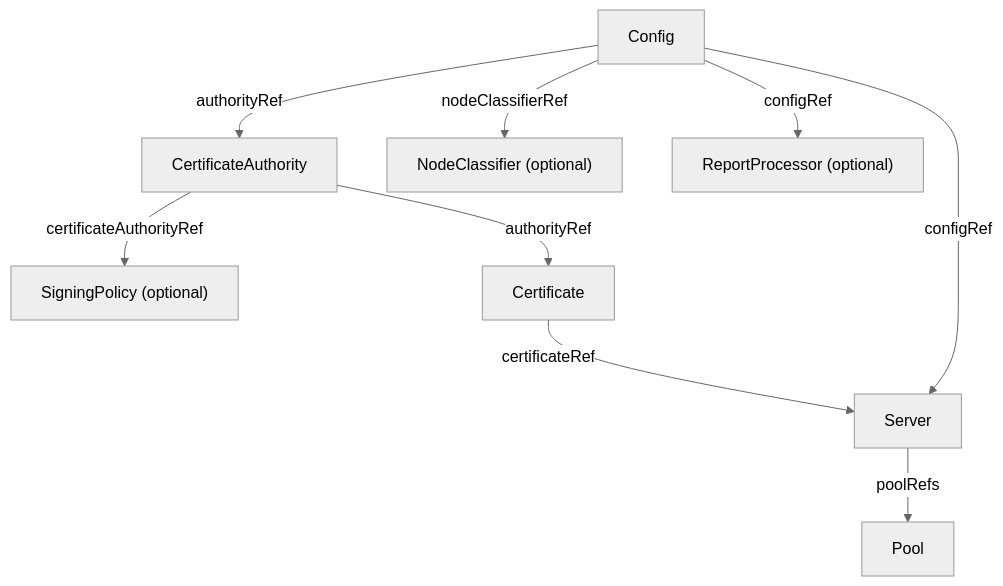
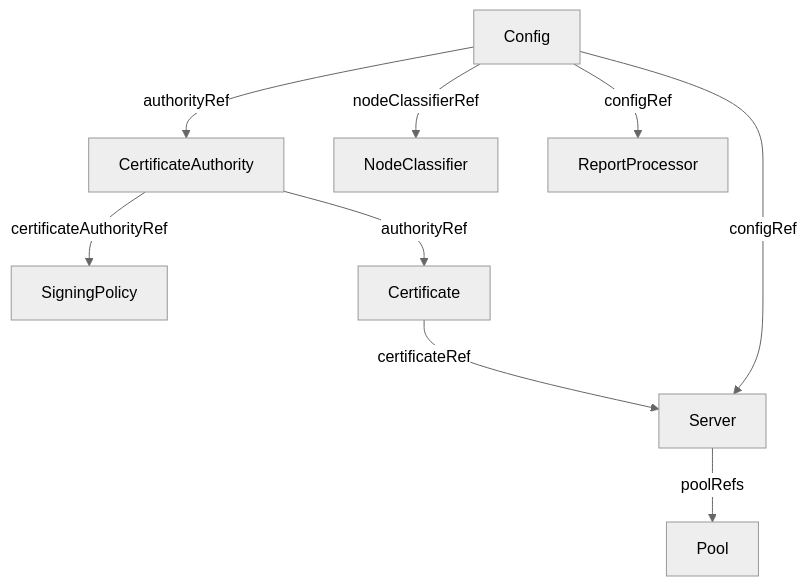
Before and after one commit to slauger/openvox-operator: the first of 2 diagrams in docs/concepts/architecture.md, drawn with Mermaid (neutral theme).

Commit message:
docs: remove (optional) labels from mermaid diagram

````diff
--- a/docs/concepts/architecture.md
+++ b/docs/concepts/architecture.md
@@ -11,19 +11,19 @@
 ```mermaid
 graph TD
     Cfg["Config"]
     CA["CertificateAuthority"]
-    SP["SigningPolicy (optional)"]
-    NC["NodeClassifier (optional)"]
-    RP["ReportProcessor (optional)"]
+    SP["SigningPolicy"]
+    NC["NodeClassifier"]
+    RP["ReportProcessor"]
     Cert["Certificate"]
     Srv["Server"]
     Pool["Pool"]
     Cfg -->|authorityRef| CA
     Cfg -->|nodeClassifierRef| NC
     CA -->|certificateAuthorityRef| SP
     CA -->|authorityRef| Cert
     Cert -->|certificateRef| Srv
     Cfg -->|configRef| Srv
     Cfg -->|configRef| RP
     Srv -->|poolRefs| Pool
 ```
````
